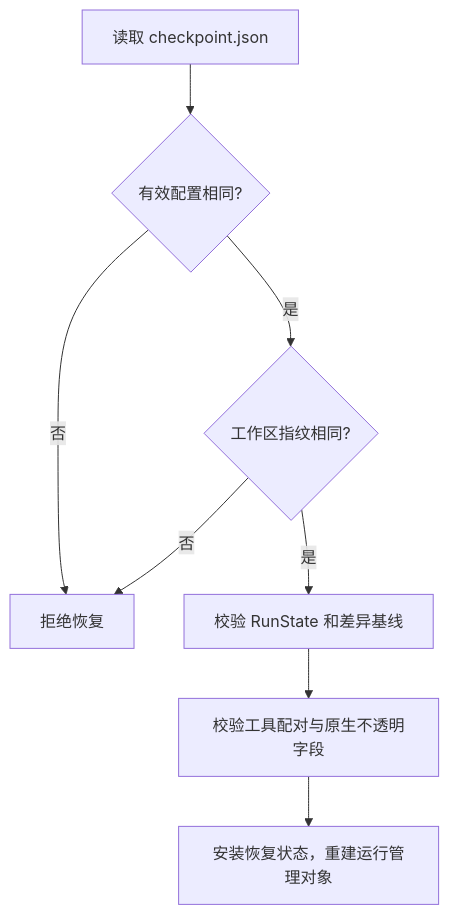
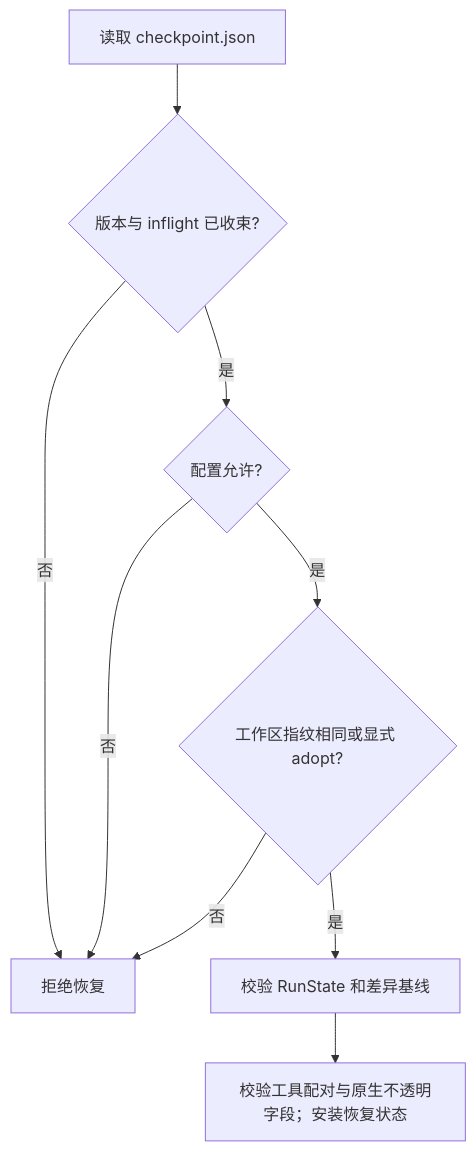
Before and after one commit to prossiblezero/Aster: the diagram in docs/learning/09-checkpoint-resume.md, drawn with Mermaid. The commit also changed other lines of this file and 73 other files, not shown here.

````diff
--- a/docs/learning/09-checkpoint-resume.md
+++ b/docs/learning/09-checkpoint-resume.md
@@ -23,10 +23,11 @@
 ```mermaid
 flowchart TD
-    A[读取 checkpoint.json] --> B{有效配置相同?}
+    A[读取 checkpoint.json] --> B{版本与 inflight 已收束?}
     B -->|否| X[拒绝恢复]
-    B -->|是| C{工作区指纹相同?}
+    B -->|是| C{配置允许?}
     C -->|否| X
-    C -->|是| D[校验 RunState 和差异基线]
-    D --> E[校验工具配对与原生不透明字段]
-    E --> F[安装恢复状态，重建运行管理对象]
+    C -->|是| D{工作区指纹相同或显式 adopt?}
+    D -->|否| X
+    D -->|是| E[校验 RunState 和差异基线]
+    E --> F[校验工具配对与原生不透明字段；安装恢复状态]
 ```
````
